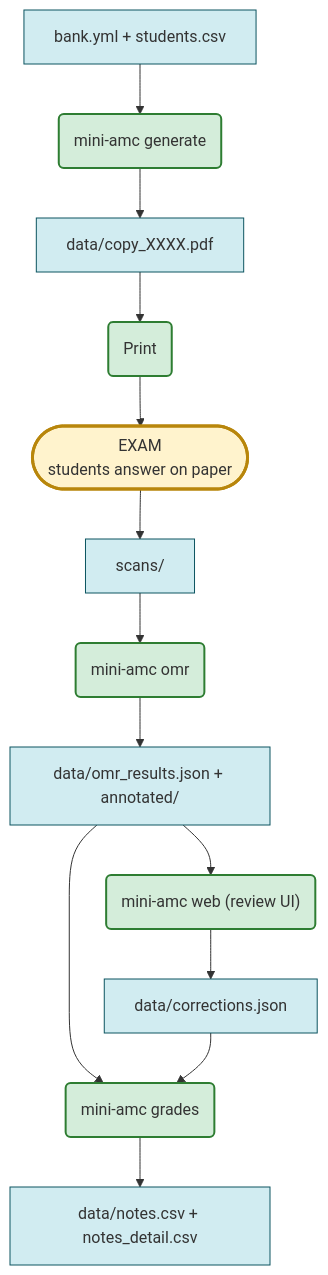
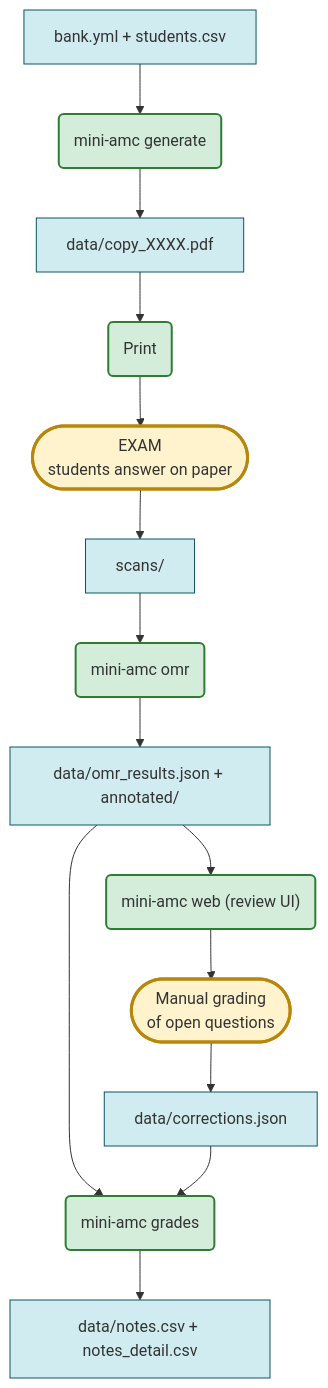
Before and after one commit to boileaum/mini-amc: the diagram in README.md, drawn with Mermaid. The commit also changed other lines of this file and 2 other files, not shown here.

First line of the commit message:
README: manual grading of open questions shown as a pipeline step + feature bullet

````diff
--- a/README.md
+++ b/README.md
@@ -34,20 +32,21 @@
 ```mermaid
 flowchart TD
   classDef exam fill:#fff3cd,stroke:#b8860b,stroke-width:3px
   classDef tool fill:#d4edda,stroke:#2e7d32,stroke-width:2px
   classDef data fill:#d1ecf1,stroke:#0c5460
 
   bank["bank.yml + students.csv"]:::data
   bank --> gen("mini-amc generate"):::tool
   gen --> pdf["data/copy_XXXX.pdf"]:::data
   pdf --> print("Print"):::tool
   print --> exam(["EXAM<br/>students answer on paper"]):::exam
   exam --> scans["scans/"]:::data
   scans --> omr("mini-amc omr"):::tool
   omr --> res["data/omr_results.json + annotated/"]:::data
   res --> web("mini-amc web (review UI)"):::tool
   res --> grades("mini-amc grades"):::tool
-  web --> corr["data/corrections.json"]:::data
+  web --> manual(["Manual grading<br/>of open questions"]):::exam
+  manual --> corr["data/corrections.json"]:::data
   corr --> grades
   grades --> notes["data/notes.csv + notes_detail.csv"]:::data
 ```
````
